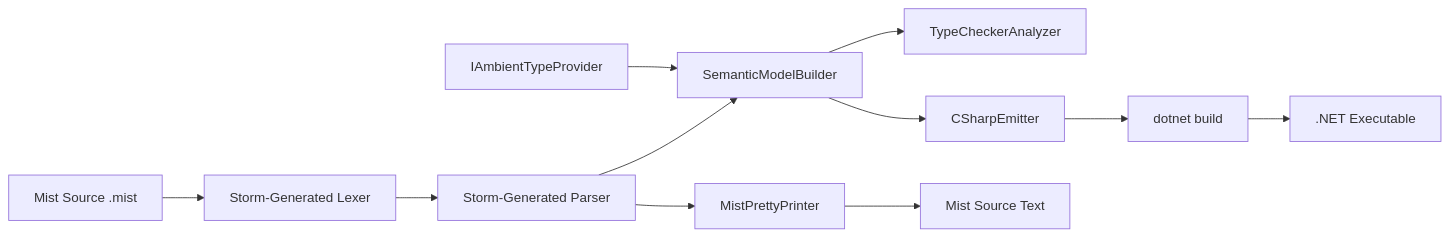
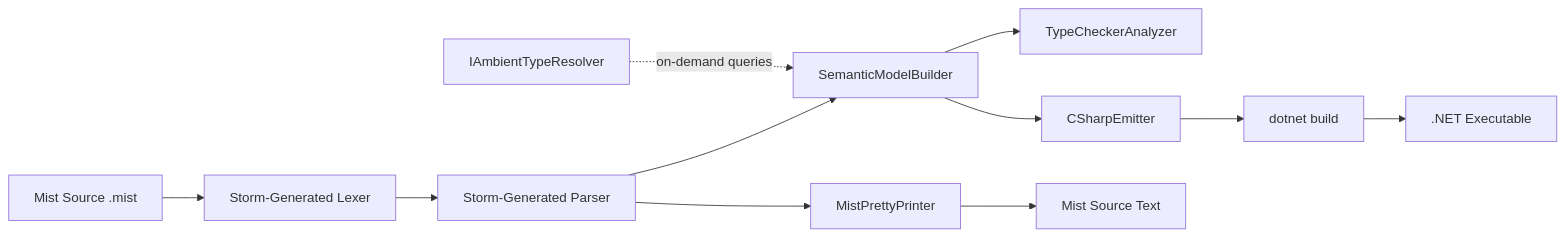
One commit to LynxStar/MistLang changed the first of 2 diagrams in .kiro/specs/mist-language-v1/design.md. Above: the diagram before and after it, drawn with Mermaid. The commit also changed other lines of this file and 1 other file, not shown here.

````diff
--- a/.kiro/specs/mist-language-v1/design.md
+++ b/.kiro/specs/mist-language-v1/design.md
@@ -23,13 +23,13 @@
 ```mermaid
 graph LR
     A[Mist Source .mist] --> B[Storm-Generated Lexer]
     B --> C[Storm-Generated Parser]
     C --> D[SemanticModelBuilder]
-    E[IAmbientTypeProvider] --> D
+    E[IAmbientTypeResolver] -.->|on-demand queries| D
     D --> F[TypeCheckerAnalyzer]
     D --> G[CSharpEmitter]
     G --> H[dotnet build]
     H --> I[.NET Executable]
     C --> J[MistPrettyPrinter]
     J --> K[Mist Source Text]
 ```
````
